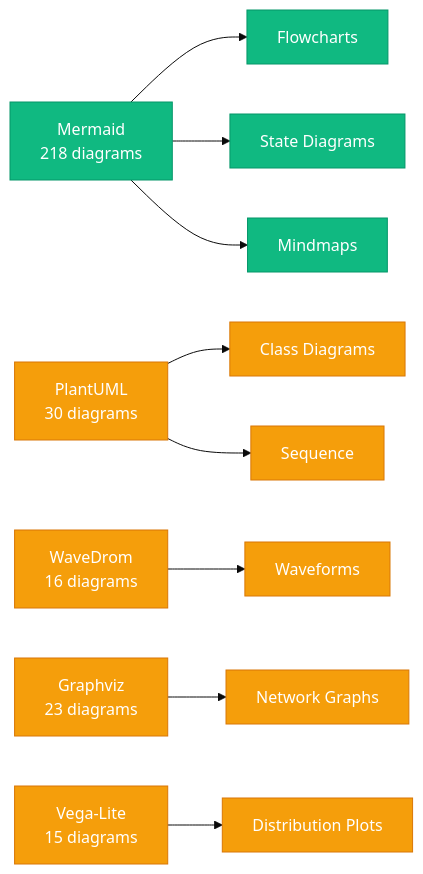
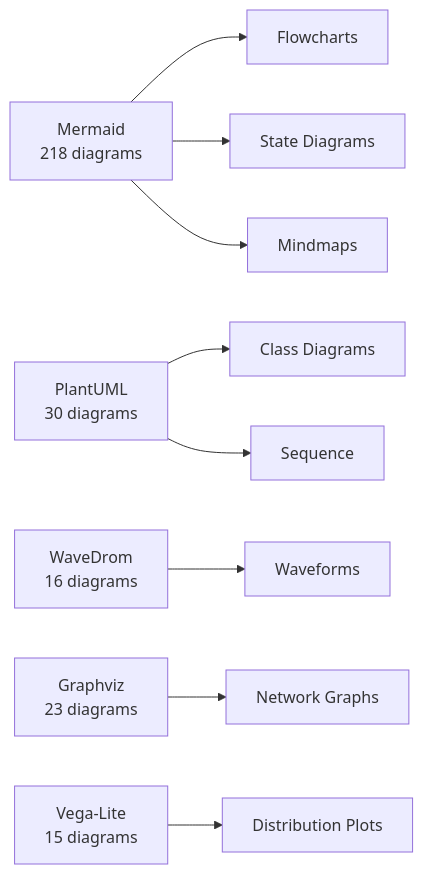
Before and after one commit to 3229218431/FeynFlow: the third of 8 diagrams in README.md, drawn with Mermaid. The commit also changed other lines of this file, not shown here.

Commit message:
Simplify all chart colors: remove init styling, remove classDef, remove subgraphs, remove color legend. Clean readable default Mermaid themes.

````diff
--- a/README.md
+++ b/README.md
@@ -234,15 +193,11 @@
 ```mermaid
-%%{init: {'theme':'base','themeVariables': {'primaryColor': '#3B82F6','primaryTextColor': '#fff','secondaryColor': '#10B981','tertiaryColor': '#F59E0B'}}}%%
 flowchart LR
-    M[Mermaid<br>218 diagrams]:::native --> T1[Flowcharts]:::native
-    M --> T2[State Diagrams]:::native
-    M --> T3[Mindmaps]:::native
-    P[PlantUML<br>30 diagrams]:::plugin --> T4[Class Diagrams]:::plugin
-    P --> T5[Sequence]:::plugin
-    W[WaveDrom<br>16 diagrams]:::plugin --> T6[Waveforms]:::plugin
-    G[Graphviz<br>23 diagrams]:::plugin --> T7[Network Graphs]:::plugin
-    V[Vega-Lite<br>15 diagrams]:::plugin --> T8[Distribution Plots]:::plugin
-    
-    classDef native fill:#10B981,stroke:#059669,color:#fff
-    classDef plugin fill:#F59E0B,stroke:#D97706,color:#fff
+    M[Mermaid<br>218 diagrams] --> T1[Flowcharts]
+    M --> T2[State Diagrams]
+    M --> T3[Mindmaps]
+    P[PlantUML<br>30 diagrams] --> T4[Class Diagrams]
+    P --> T5[Sequence]
+    W[WaveDrom<br>16 diagrams] --> T6[Waveforms]
+    G[Graphviz<br>23 diagrams] --> T7[Network Graphs]
+    V[Vega-Lite<br>15 diagrams] --> T8[Distribution Plots]
 ```
````
